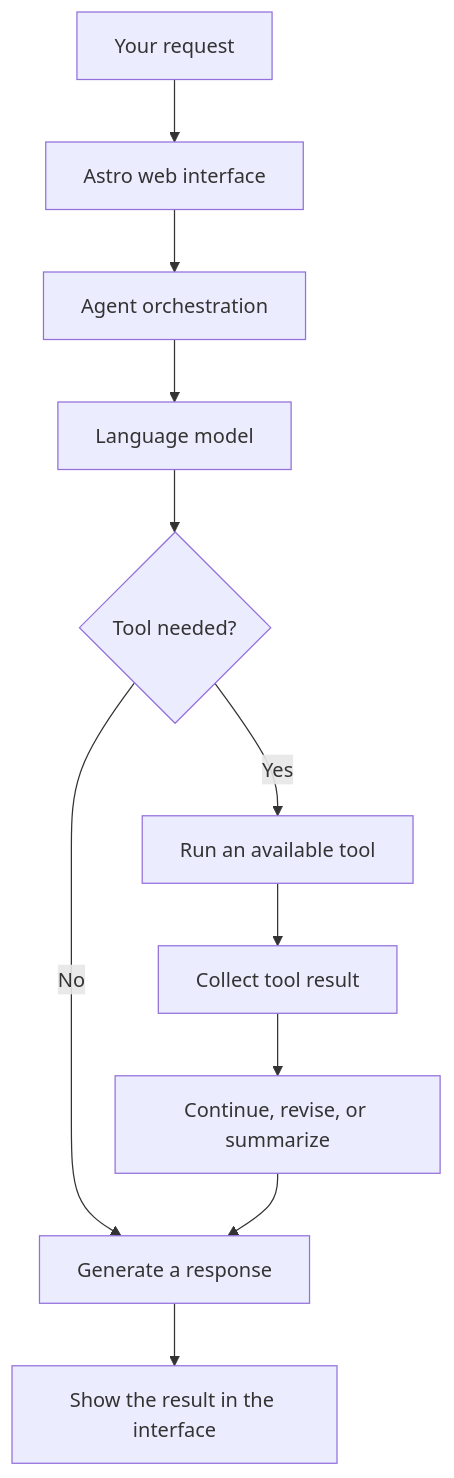
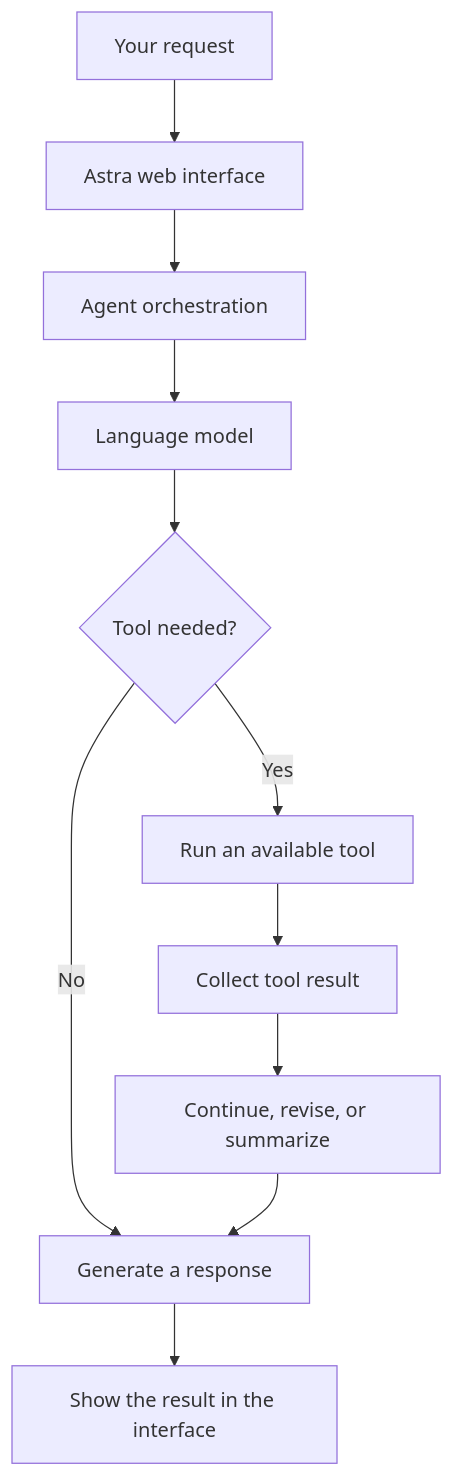
The diagram in README.md (astrix-kernel/Astra-Agent-AI), drawn with Mermaid before and after one commit. The commit also changed other lines of this file and 14 other files, not shown here.

Commit message:
docs: rebrand all Astro/Astrix to Astra

````diff
--- a/README.md
+++ b/README.md
@@ -96,13 +96,13 @@
 ```mermaid
 flowchart TD
-    A[Your request] --> B[Astro web interface]
+    A[Your request] --> B[Astra web interface]
     B --> C[Agent orchestration]
     C --> D[Language model]
     D --> E{Tool needed?}
     E -- No --> F[Generate a response]
     E -- Yes --> G[Run an available tool]
     G --> H[Collect tool result]
     H --> I[Continue, revise, or summarize]
     I --> F
     F --> J[Show the result in the interface]
 ```
````
